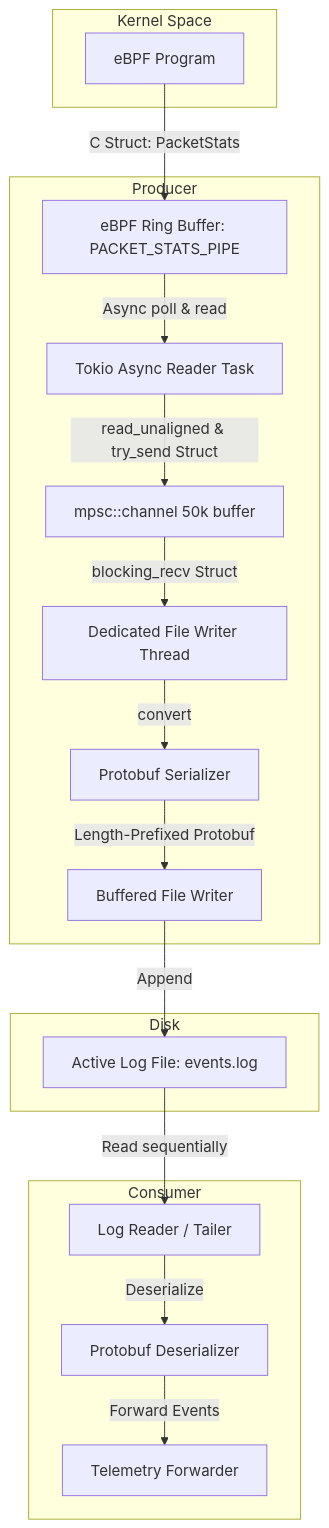
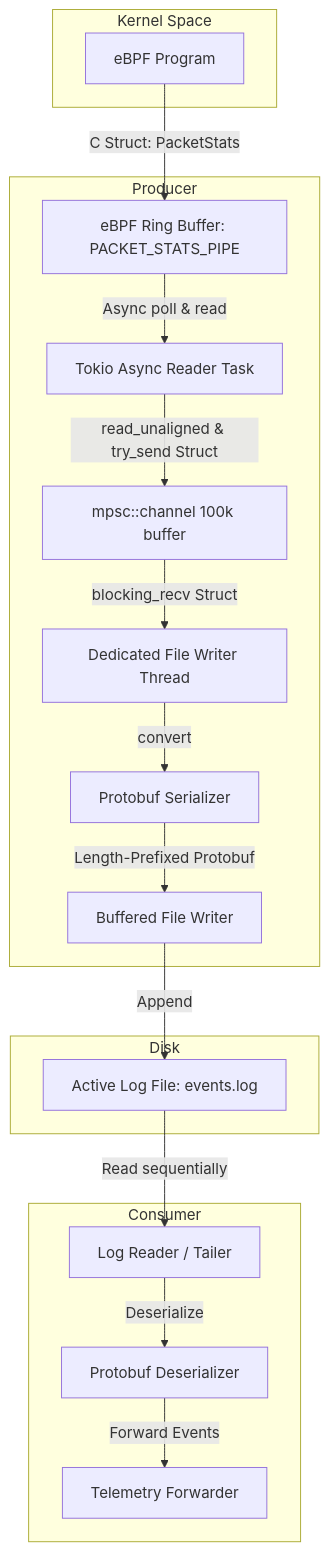
Before and after one commit to UladzislauBlok/ebpf-profiler: the diagram in docs/userspace_architecture.md, drawn with Mermaid. The commit also changed other lines of this file and 1 other file, not shown here.

````diff
--- a/docs/userspace_architecture.md
+++ b/docs/userspace_architecture.md
@@ -11,37 +11,37 @@
 ```mermaid
 graph TD
     subgraph Kernel Space
         ebpf[eBPF Program]
     end
 
     subgraph Ingestor Daemon [Producer]
         ringbuf[eBPF Ring Buffer: PACKET_STATS_PIPE]
         async_reader[Tokio Async Reader Task]
-        mpsc[mpsc::channel 50k buffer]
+        mpsc[mpsc::channel 100k buffer]
         os_thread[Dedicated File Writer Thread]
         serializer[Protobuf Serializer]
         bufwriter[Buffered File Writer]
     end
 
     subgraph Storage [Disk]
         file[Active Log File: events.log]
     end
 
     subgraph Forwarder Daemon [Consumer]
         reader[Log Reader / Tailer]
         deserializer[Protobuf Deserializer]
         uploader[Telemetry Forwarder]
     end
 
     %% Flow
     ebpf -->|C Struct: PacketStats| ringbuf
     ringbuf -->|Async poll & read| async_reader
     async_reader -->|read_unaligned & try_send Struct| mpsc
     mpsc -->|blocking_recv Struct| os_thread
     os_thread -->|convert| serializer
     serializer -->|Length-Prefixed Protobuf| bufwriter
     bufwriter -->|Append| file
     file -->|Read sequentially| reader
     reader -->|Deserialize| deserializer
     deserializer -->|Forward Events| uploader
 ```
````
